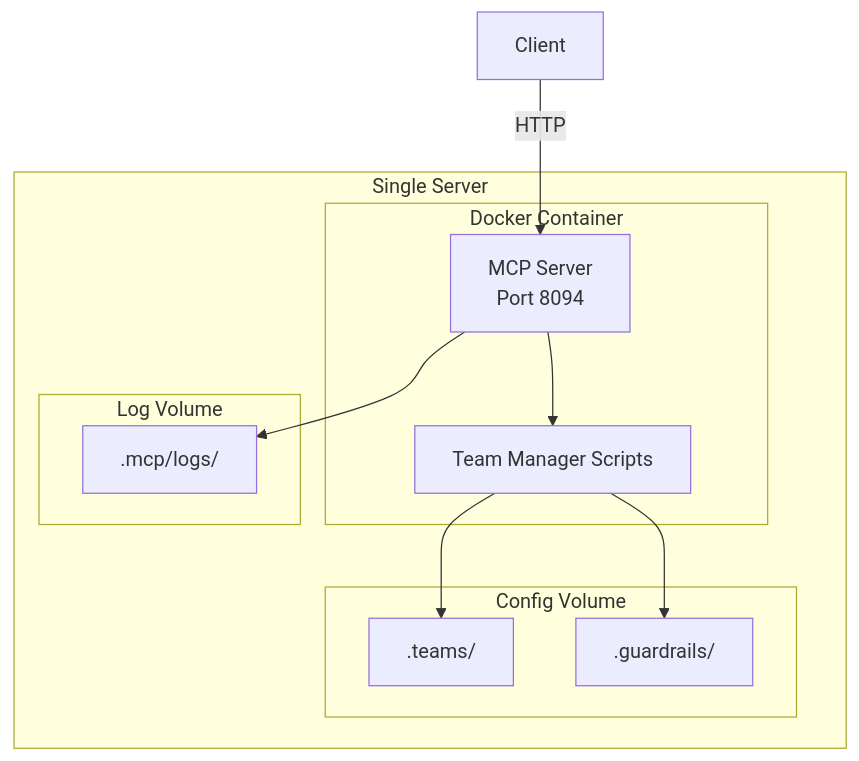
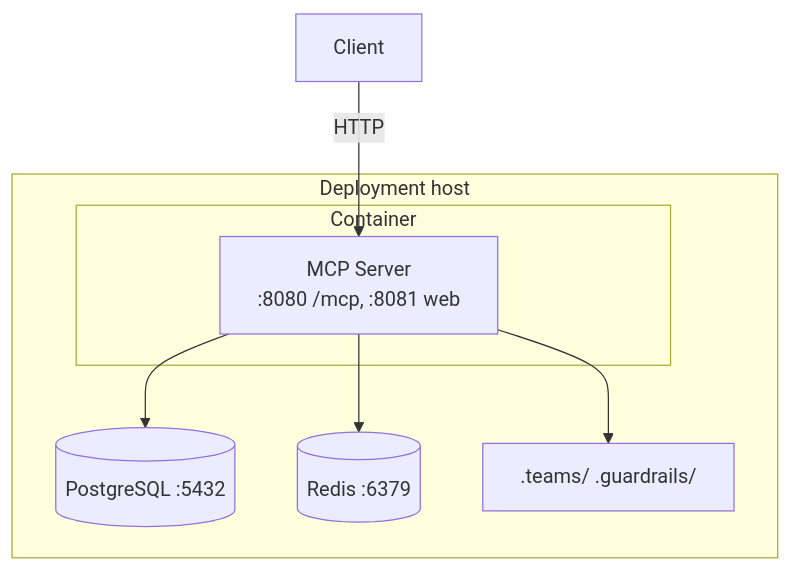
One commit to TheArchitectit/agent-guardrails-template changed the sixth of 9 diagrams in docs/architecture/system-architecture.md. Above: the diagram before and after it, drawn with Mermaid. The commit also changed other lines of this file and 15 other files, not shown here.

First line of the commit message:
docs: rewrite architecture doc under 500 lines with corrected facts

````diff
--- a/docs/architecture/system-architecture.md
+++ b/docs/architecture/system-architecture.md
@@ -354,26 +164,13 @@
 ```mermaid
 flowchart TB
-    subgraph Server["Single Server"]
-        subgraph Docker["Docker Container"]
-            MCP["MCP Server<br/>Port 8094"]
-            Scripts["Team Manager Scripts"]
+    subgraph Host["Deployment host"]
+        subgraph App["Container"]
+            MCP["MCP Server<br/>:8080 /mcp, :8081 web"]
         end
-
-        subgraph Volume1["Config Volume"]
-            Teams[".teams/"]
-            Guardrails[".guardrails/"]
-        end
-
-        subgraph Volume2["Log Volume"]
-            Logs[".mcp/logs/"]
-        end
+        DB[("PostgreSQL :5432")]
+        Cache[("Redis :6379")]
+        Config[".teams/ .guardrails/"]
     end
-
-    Client["Client"]
-
-    Client -->|HTTP| MCP
-    MCP --> Scripts
-    Scripts --> Teams
-    Scripts --> Guardrails
-    MCP --> Logs
+    Client["Client"] -->|HTTP| MCP
+    MCP --> DB & Cache & Config
 ```
````
